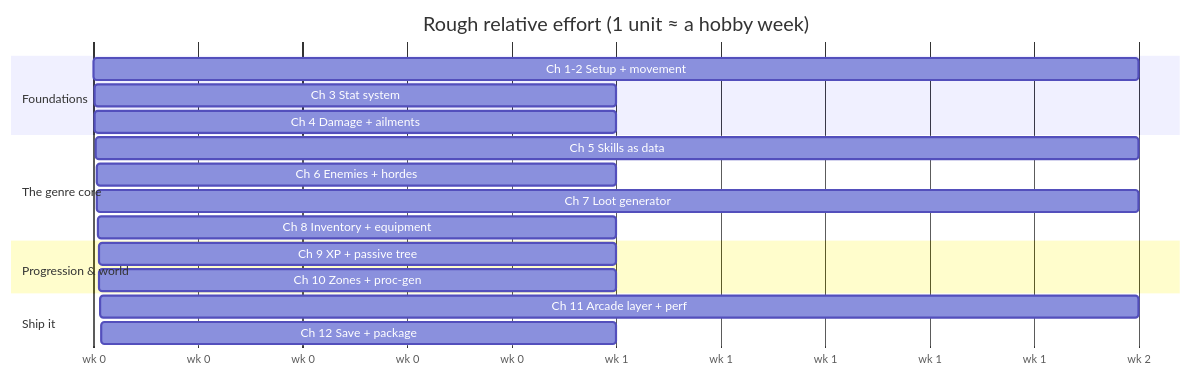
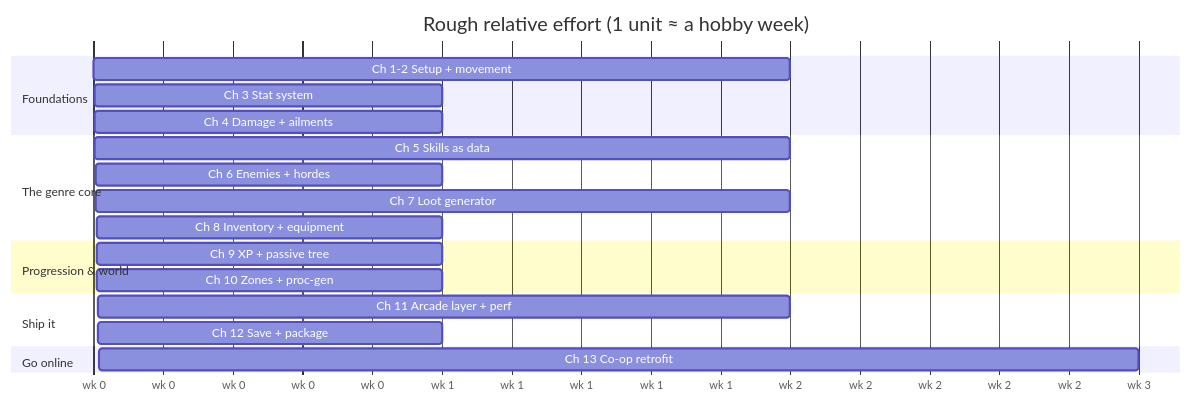
Before and after one commit to erancihan/erancihan: the second of 2 diagrams in guides/topdown-arpg-ue5/README.md, drawn with Mermaid. The commit also changed other lines of this file and 14 other files, not shown here.

````diff
--- a/guides/topdown-arpg-ue5/README.md
+++ b/guides/topdown-arpg-ue5/README.md
@@ -74,21 +77,23 @@
 ```mermaid
 gantt
     dateFormat X
     axisFormat wk %s
     title Rough relative effort (1 unit ≈ a hobby week)
     section Foundations
     Ch 1-2 Setup + movement           :0, 2
     Ch 3 Stat system                  :2, 1
     Ch 4 Damage + ailments            :3, 1
     section The genre core
     Ch 5 Skills as data               :4, 2
     Ch 6 Enemies + hordes             :6, 1
     Ch 7 Loot generator               :7, 2
     Ch 8 Inventory + equipment        :9, 1
     section Progression & world
     Ch 9 XP + passive tree            :10, 1
     Ch 10 Zones + proc-gen            :11, 1
     section Ship it
     Ch 11 Arcade layer + perf         :12, 2
     Ch 12 Save + package              :14, 1
+    section Go online
+    Ch 13 Co-op retrofit              :15, 3
 ```
````
